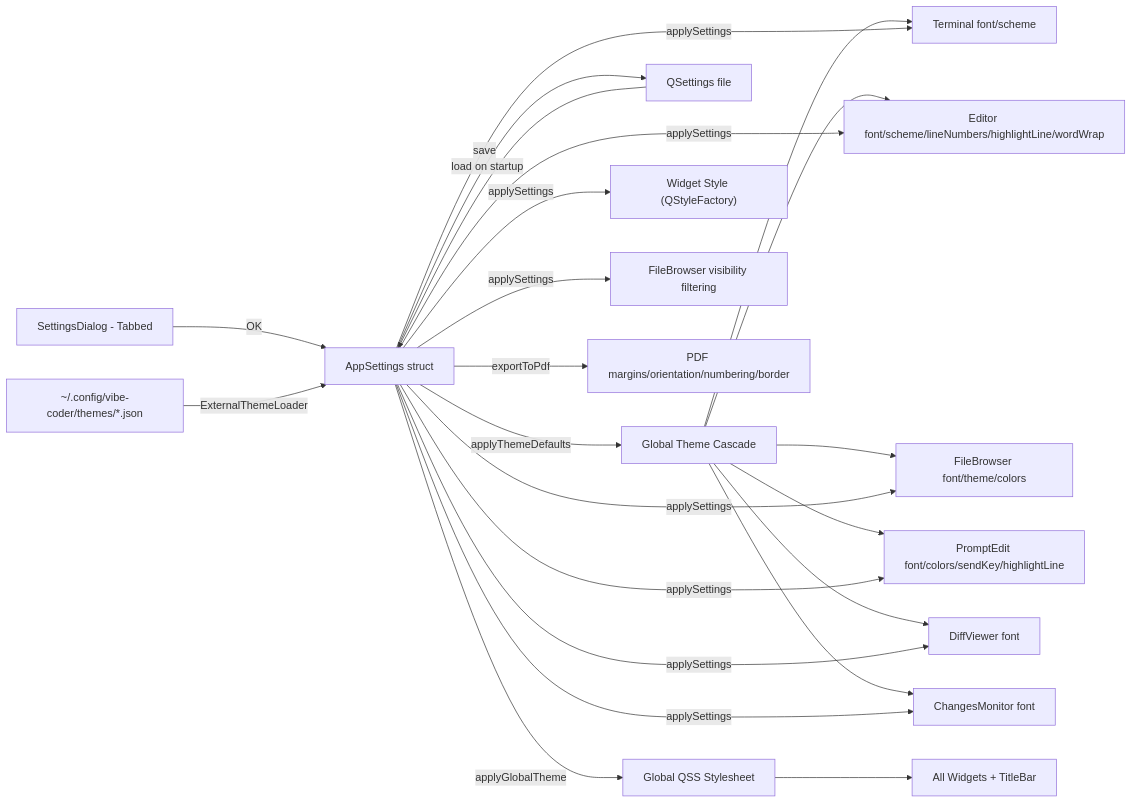
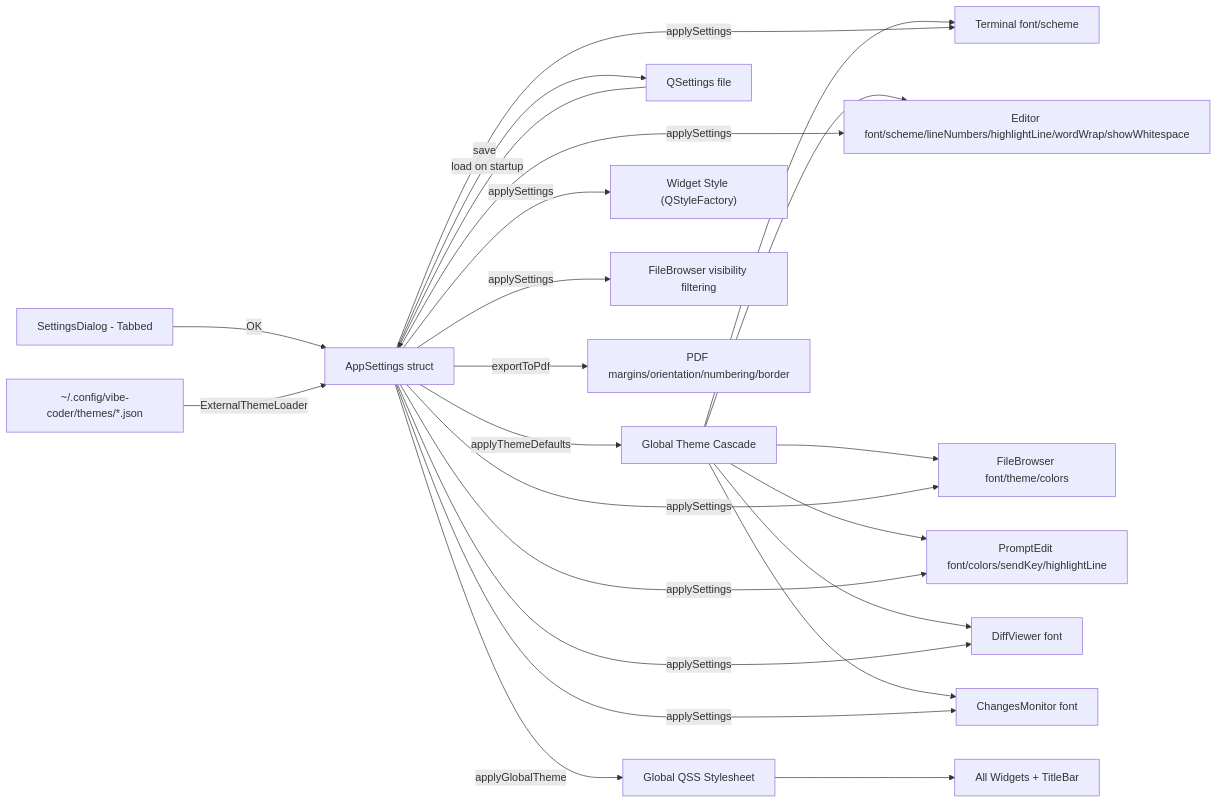
One commit to dkrse/vibe-coder changed diagram 16 of 21 in docs/diagrams.md. Above: the diagram before and after it, drawn with Mermaid. The commit also changed other lines of this file and 11 other files, not shown here.

````diff
--- a/docs/diagrams.md
+++ b/docs/diagrams.md
@@ -624,20 +638,20 @@
 ```mermaid
 flowchart LR
     A[SettingsDialog - Tabbed] -->|OK| B[AppSettings struct]
     B -->|applyThemeDefaults| TH[Global Theme Cascade]
     ZED["~/.config/vibe-coder/themes/*.json"] -->|ExternalThemeLoader| B
     TH --> D & E & F & G & DV & CM2
     B -->|save| C[QSettings file]
     B -->|applyGlobalTheme| SS[Global QSS Stylesheet]
     SS --> ALL[All Widgets + TitleBar]
     B -->|applySettings| WS["Widget Style (QStyleFactory)"]
     B -->|applySettings| D[Terminal font/scheme]
-    B -->|applySettings| E[Editor font/scheme/lineNumbers/highlightLine/wordWrap]
+    B -->|applySettings| E[Editor font/scheme/lineNumbers/highlightLine/wordWrap/showWhitespace]
     B -->|applySettings| VIS[FileBrowser visibility filtering]
     B -->|applySettings| F[FileBrowser font/theme/colors]
     B -->|applySettings| G[PromptEdit font/colors/sendKey/highlightLine]
     B -->|applySettings| DV[DiffViewer font]
     B -->|applySettings| CM2[ChangesMonitor font]
     B -->|exportToPdf| PDF[PDF margins/orientation/numbering/border]
     C -->|load on startup| B
 ```
````
